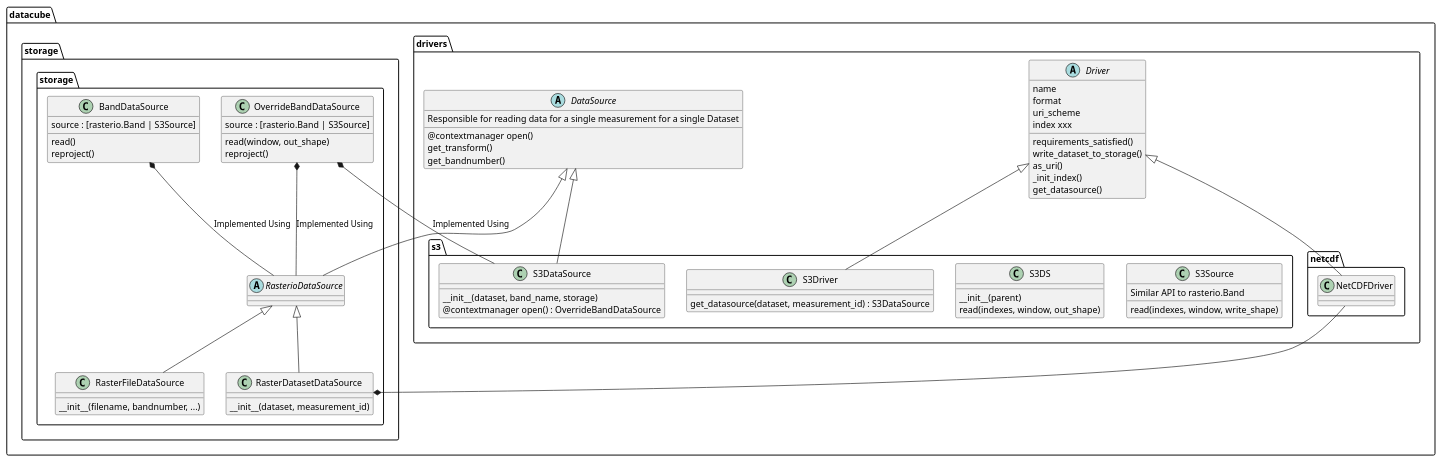
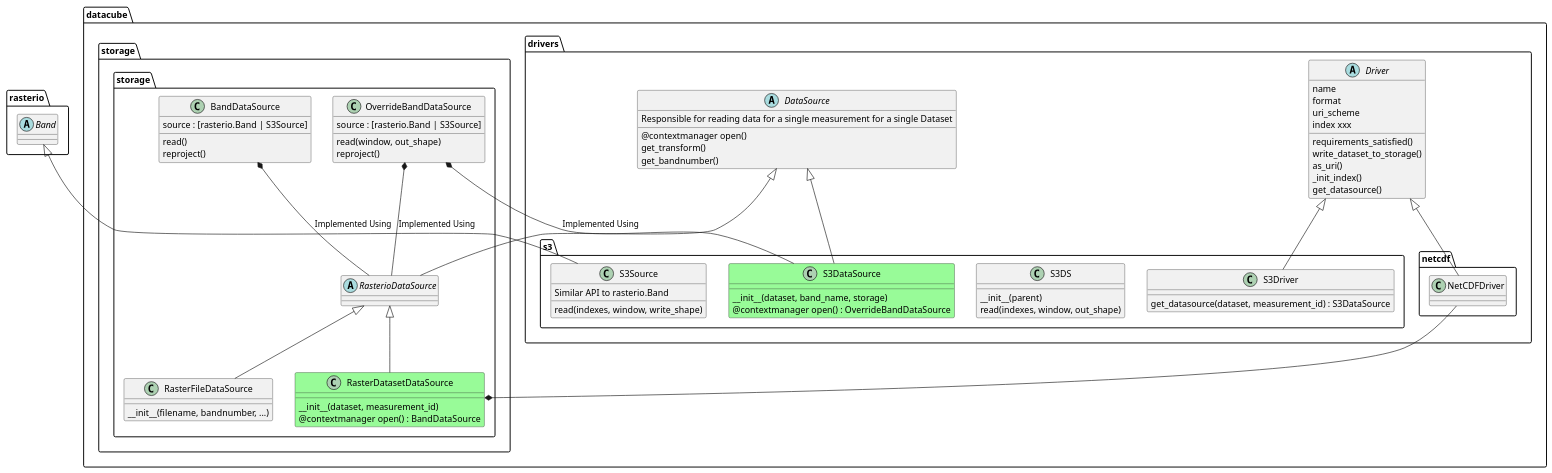
Before and after one commit to loicdtx/datacube-core: the diagram in docs/diagrams/storage_drivers_old.plantuml, drawn with PlantUML. The commit also changed 10 other files, not shown here.

Commit message:
Add class and sequence diagrams to help explain data load process

```diff
--- a/docs/diagrams/storage_drivers_old.plantuml
+++ b/docs/diagrams/storage_drivers_old.plantuml
@@ -1,91 +1,96 @@
-@startuml odc-storage
+@startuml
+'left to right direction
 
-'left to right direction
+abstract rasterio.Band
+
 package datacube.drivers {
     abstract DataSource {
         Responsible for reading data for a single measurement for a single Dataset
         @contextmanager open()
         get_transform()
         get_bandnumber()
     }
     abstract Driver {
         name
         format
         uri_scheme
         index xxx
         requirements_satisfied()
         write_dataset_to_storage()
         as_uri()
         _init_index()
         get_datasource()
     }
 }
 
 package datacube.drivers.s3 {
     class S3Source {
         Similar API to rasterio.Band
 
         read(indexes, window, write_shape)
     }
     class S3DS {
         __init__(parent)
         read(indexes, window, out_shape)
 
     }
-    class S3DataSource {
+    class S3DataSource #PaleGreen {
         __init__(dataset, band_name, storage)
         @contextmanager open() : OverrideBandDataSource
 
     }
     class S3Driver {
         get_datasource(dataset, measurement_id) : S3DataSource
 
     }
 }
+
+rasterio.Band <|-- S3Source 
 
 package datacube.drivers.netcdf {
     class NetCDFDriver {
 
     }
     Driver <|-- NetCDFDriver
 }
 
 package datacube.storage.storage {
 
     class BandDataSource {
         source : [rasterio.Band | S3Source]
 
         read()
         reproject()
     }
     class OverrideBandDataSource {
         source : [rasterio.Band | S3Source]
 
         read(window, out_shape)
         reproject()
 
     }
 
     abstract RasterioDataSource {
 
     }
     DataSource <|-- RasterioDataSource
     class RasterFileDataSource {
         __init__(filename, bandnumber, ...)
 
     }
     RasterioDataSource <|-- RasterFileDataSource
-    class RasterDatasetDataSource {
+    class RasterDatasetDataSource #PaleGreen {
         __init__(dataset, measurement_id)
+        @contextmanager open() : BandDataSource
 
     }
     RasterioDataSource <|-- RasterDatasetDataSource
 }
 
 OverrideBandDataSource *-- S3DataSource : Implemented Using
 OverrideBandDataSource *-- RasterioDataSource : Implemented Using
 BandDataSource *-- RasterioDataSource : Implemented Using
 DataSource <|-- S3DataSource
 Driver <|-- S3Driver
 RasterDatasetDataSource *-- NetCDFDriver
 @enduml
```
